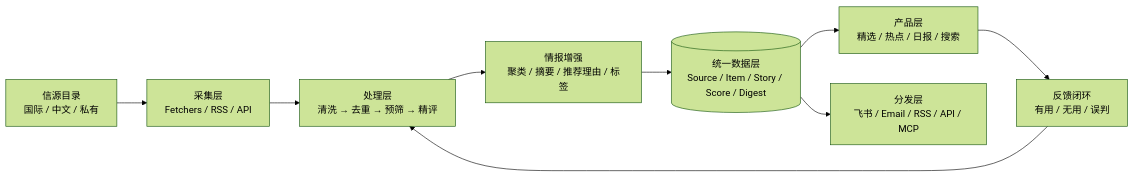
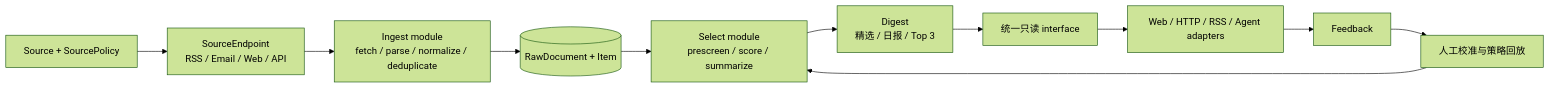
One commit to fxjzai/fxjzai-IC changed the diagram in README.md. Above: the diagram before and after it, drawn with Mermaid (forest theme). The commit also changed other lines of this file and 6 other files, not shown here.

````diff
--- a/README.md
+++ b/README.md
@@ -46,11 +47,13 @@
 ```mermaid
 flowchart LR
-    S["信源目录\n国际 / 中文 / 私有"] --> C["采集层\nFetchers / RSS / API"]
-    C --> P["处理层\n清洗 → 去重 → 预筛 → 精评"]
-    P --> E["情报增强\n聚类 / 摘要 / 推荐理由 / 标签"]
-    E --> D[("统一数据层\nSource / Item / Story / Score / Digest")]
-    D --> W["产品层\n精选 / 热点 / 日报 / 搜索"]
-    D --> O["分发层\n飞书 / Email / RSS / API / MCP"]
-    W --> F["反馈闭环\n有用 / 无用 / 误判"]
-    F --> P
+    S["Source + SourcePolicy"] --> EP["SourceEndpoint\nRSS / Email / Web / API"]
+    EP --> I["Ingest module\nfetch / parse / normalize / deduplicate"]
+    I --> D[("RawDocument + Item")]
+    D --> SEL["Select module\nprescreen / score / summarize"]
+    SEL --> DG["Digest\n精选 / 日报 / Top 3"]
+    DG --> R["统一只读 interface"]
+    R --> O["Web / HTTP / RSS / Agent adapters"]
+    O --> F["Feedback"]
+    F --> C["人工校准与策略回放"]
+    C --> SEL
 ```
````
